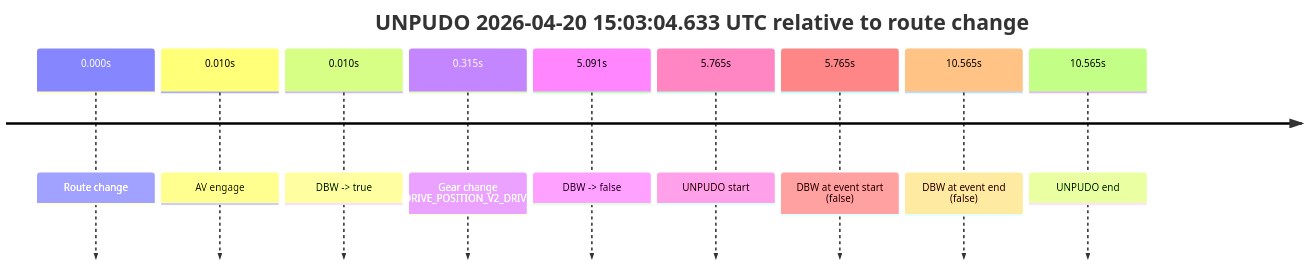
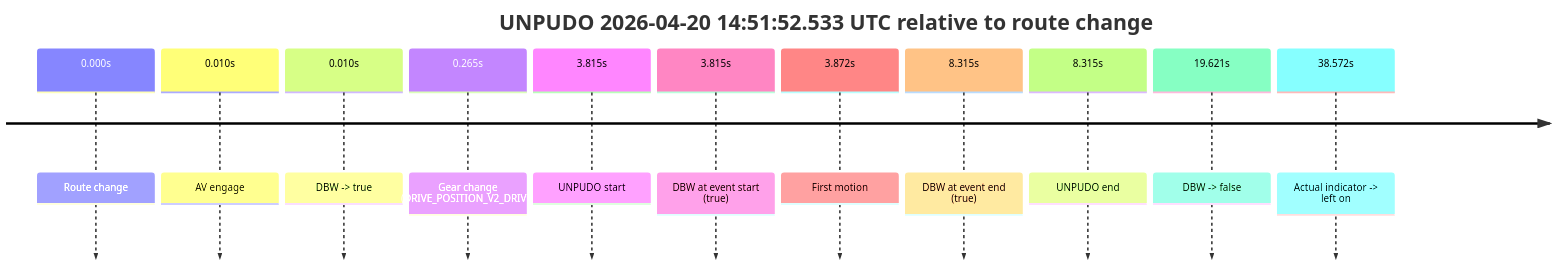
The first of 10 diagrams in model_analysis/report_cards/2026/04/Week-4/fme10005--2026-04-20--13-43-30--gen2-av-1cf69e8e-fc53-4334-aca9-89918a4f3427.md (yoelshapiro/vault), drawn with Mermaid before and after one commit. The commit also changed other lines of this file and 3 other files, not shown here.

````diff
--- a/model_analysis/report_cards/2026/04/Week-4/fme10005--2026-04-20--13-43-30--gen2-av-1cf69e8e-fc53-4334-aca9-89918a4f3427.md
+++ b/model_analysis/report_cards/2026/04/Week-4/fme10005--2026-04-20--13-43-30--gen2-av-1cf69e8e-fc53-4334-aca9-89918a4f3427.md
@@ -42,13 +44,15 @@
 ```mermaid
 timeline
-    title UNPUDO 2026-04-20 15:03:04.633 UTC relative to route change
+    title UNPUDO 2026-04-20 14:51:52.533 UTC relative to route change
     0.000s : Route change
     0.010s : AV engage
     0.010s : DBW -> true
-    0.315s : Gear change (DRIVE_POSITION_V2_DRIVE)
-    5.091s : DBW -> false
-    5.765s : UNPUDO start
-    5.765s : DBW at event start (false)
-    10.565s : DBW at event end (false)
-    10.565s : UNPUDO end
+    0.265s : Gear change (DRIVE_POSITION_V2_DRIVE)
+    3.815s : UNPUDO start
+    3.815s : DBW at event start (true)
+    3.872s : First motion
+    8.315s : DBW at event end (true)
+    8.315s : UNPUDO end
+    19.621s : DBW -> false
+    38.572s : Actual indicator -> left on
 ```
````
